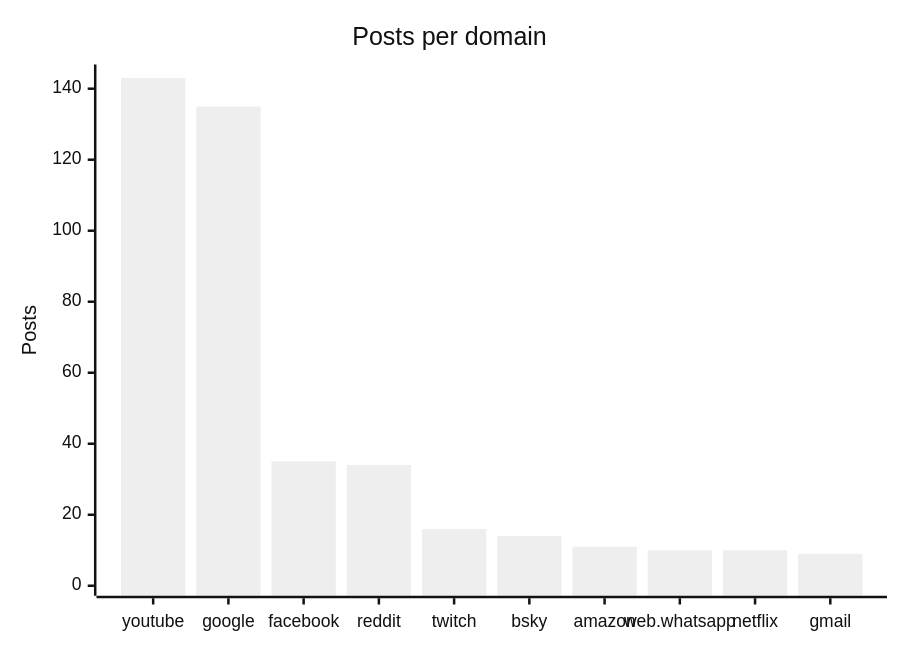
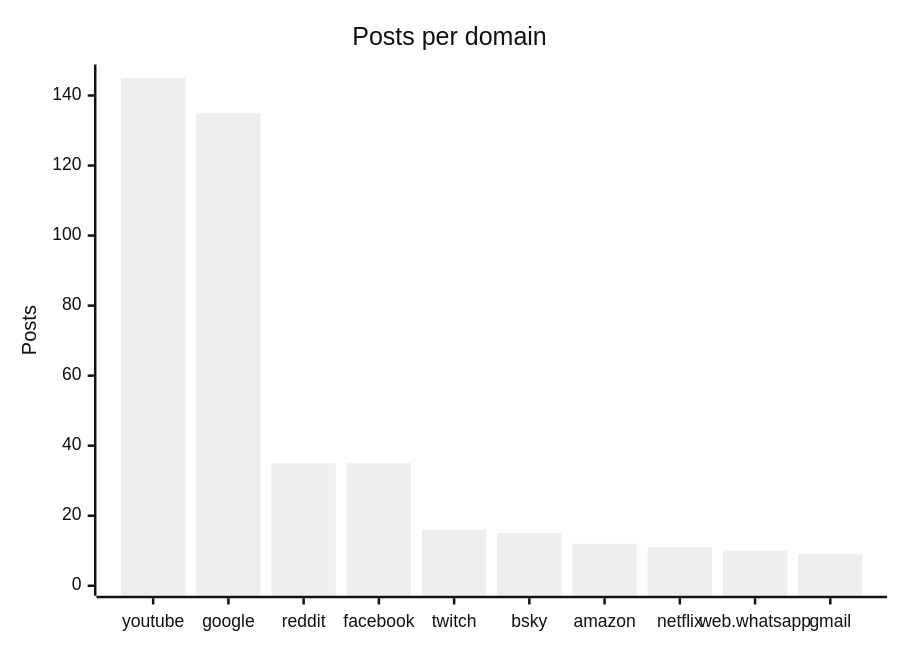
One commit to martinbalfanz/social-scanner-reports changed the fourth of 4 diagrams in README.md. Above: the diagram before and after it, drawn with Mermaid (neutral theme). The commit also changed other lines of this file and 4 other files, not shown here.

````diff
--- a/README.md
+++ b/README.md
@@ -58,7 +58,7 @@
 ```mermaid
 xychart-beta
     title "Posts per domain"
-    x-axis ["youtube", "google", "facebook", "reddit", "twitch", "bsky", "amazon", "web.whatsapp", "netflix", "gmail"]
-    y-axis "Posts" 0 --> 144
-    bar [143, 135, 35, 34, 16, 14, 11, 10, 10, 9]
+    x-axis ["youtube", "google", "reddit", "facebook", "twitch", "bsky", "amazon", "netflix", "web.whatsapp", "gmail"]
+    y-axis "Posts" 0 --> 146
+    bar [145, 135, 35, 35, 16, 15, 12, 11, 10, 9]
 ```
````
